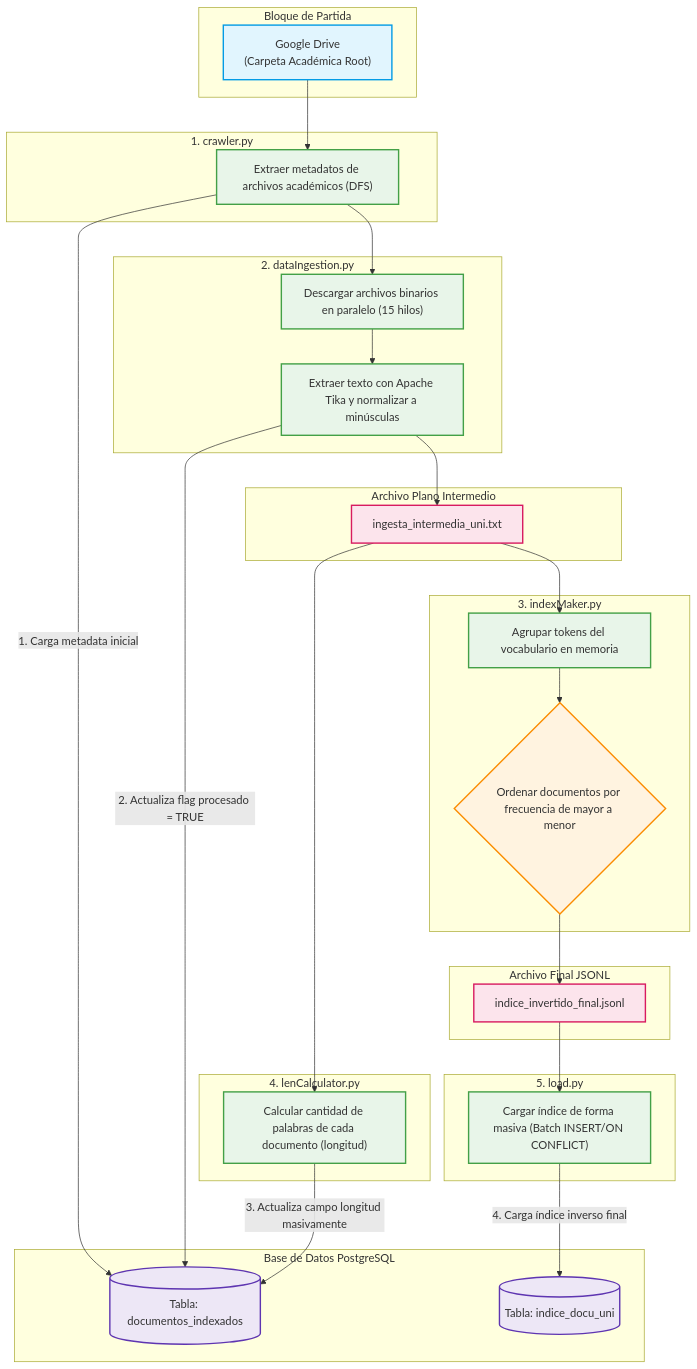
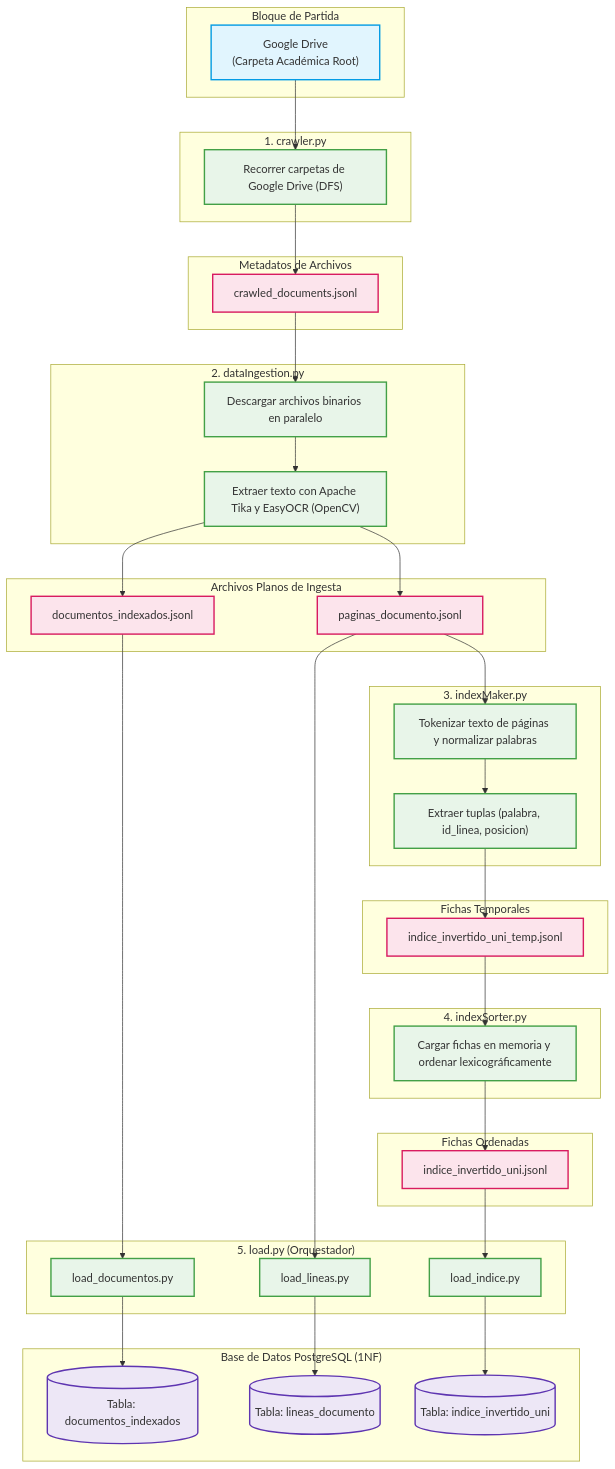
Before and after one commit to JoseRojas-a11y/DocUNI: the first of 2 diagrams in README.md, drawn with Mermaid. The commit also changed other lines of this file and 3 other files, not shown here.

````diff
--- a/README.md
+++ b/README.md
@@ -55,68 +55,86 @@
 
     %% 1. CRAWLER
     subgraph crawler_sub["1. crawler.py"]
-        C1["Extraer metadatos de archivos académicos (DFS)"]
+        C1["Recorrer carpetas de Google Drive (DFS)"]
+    end
+
+    %% Archivo crawled_documents.jsonl
+    subgraph crawled_sub["Metadatos de Archivos"]
+        FC["crawled_documents.jsonl"]
     end
 
     %% 2. DATA INGESTION
     subgraph ingestion_sub["2. dataIngestion.py"]
-        I1["Descargar archivos binarios en paralelo (15 hilos)"]
-        I2["Extraer texto con Apache Tika y normalizar a minúsculas"]
+        I1["Descargar archivos binarios en paralelo"]
+        I2["Extraer texto con Apache Tika y EasyOCR (OpenCV)"]
     end
 
-    %% Archivo intermedio
-    subgraph file_plano_sub["Archivo Plano Intermedio"]
-        F1["ingesta_intermedia_uni.txt"]
+    %% Archivos intermedios de Ingesta
+    subgraph file_plano_sub["Archivos Planos de Ingesta"]
+        F1["documentos_indexados.jsonl"]
+        F2["paginas_documento.jsonl"]
     end
 
     %% 3. INDEX MAKER
     subgraph indexmaker_sub["3. indexMaker.py"]
-        M1["Agrupar tokens del vocabulario en memoria"]
-        M2{"Ordenar documentos por frecuencia de mayor a menor"}
+        M1["Tokenizar texto de páginas y normalizar palabras"]
+        M2["Extraer tuplas (palabra, id_linea, posicion)"]
     end
 
-    %% Archivo final JSONL
-    subgraph file_jsonl_sub["Archivo Final JSONL"]
-        F2["indice_invertido_final.jsonl"]
+    %% Archivo temporal
+    subgraph file_temp_sub["Fichas Temporales"]
+        F_TEMP["indice_invertido_uni_temp.jsonl"]
     end
 
-    %% 4. LENGTH CALCULATOR
-    subgraph lencalc_sub["4. lenCalculator.py"]
-        L1["Calcular cantidad de palabras de cada documento (longitud)"]
+    %% 4. INDEX SORTER
+    subgraph indexsorter_sub["4. indexSorter.py"]
+        S1["Cargar fichas en memoria y ordenar lexicográficamente"]
+    end
+
+    %% Archivo final ordenado
+    subgraph file_sorted_sub["Fichas Ordenadas"]
+        F_SORTED["indice_invertido_uni.jsonl"]
     end
 
     %% 5. LOAD
-    subgraph load_sub["5. load.py"]
-        LD1["Cargar índice de forma masiva (Batch INSERT/ON CONFLICT)"]
+    subgraph load_sub["5. load.py (Orquestador)"]
+        LD_DOCS["load_documentos.py"]
+        LD_LINEAS["load_lineas.py"]
+        LD_INDICE["load_indice.py"]
     end
 
     %% Base de Datos
-    subgraph BD["Base de Datos PostgreSQL"]
+    subgraph BD["Base de Datos PostgreSQL (1NF)"]
         DB_DI[("Tabla: documentos_indexados")]
-        DB_IDU[("Tabla: indice_docu_uni")]
+        DB_LD[("Tabla: lineas_documento")]
+        DB_IIU[("Tabla: indice_invertido_uni")]
     end
 
     %% Flujo principal
     GD --> C1
-    C1 --> I1
+    C1 --> FC
+    FC --> I1
     I1 --> I2
     I2 --> F1
-    F1 --> M1
+    I2 --> F2
+    F2 --> M1
     M1 --> M2
-    M2 --> F2
-    F1 --> L1
-    F2 --> LD1
-
-    %% Conexiones a BD
-    C1 -->|1. Carga metadata inicial| DB_DI
-    I2 -->|2. Actualiza flag procesado = TRUE| DB_DI
-    L1 -->|3. Actualiza campo longitud masivamente| DB_DI
-    LD1 -->|4. Carga índice inverso final| DB_IDU
+    M2 --> F_TEMP
+    F_TEMP --> S1
+    S1 --> F_SORTED
+    
+    %% Conexión a Load y BD
+    F1 --> LD_DOCS
+    F2 --> LD_LINEAS
+    F_SORTED --> LD_INDICE
+    
+    LD_DOCS --> DB_DI
+    LD_LINEAS --> DB_LD
+    LD_INDICE --> DB_IIU
 
     %% Aplicar estilos
     class GD startBlock;
-    class C1,I1,I2,M1,L1,LD1 processBlock;
-    class M2 sortBlock;
-    class F1,F2 fileBlock;
-    class DB_DI,DB_IDU dbBlock;
+    class C1,I1,I2,M1,M2,S1,LD_DOCS,LD_LINEAS,LD_INDICE processBlock;
+    class FC,F1,F2,F_TEMP,F_SORTED fileBlock;
+    class DB_DI,DB_LD,DB_IIU dbBlock;
 ```
````
